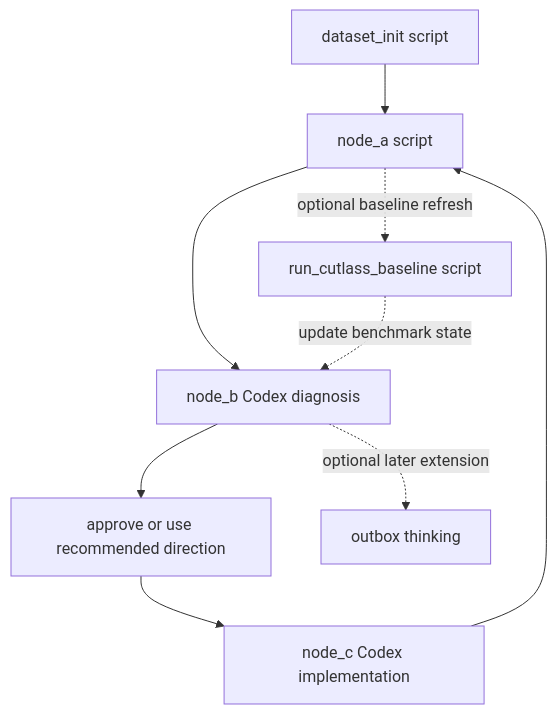
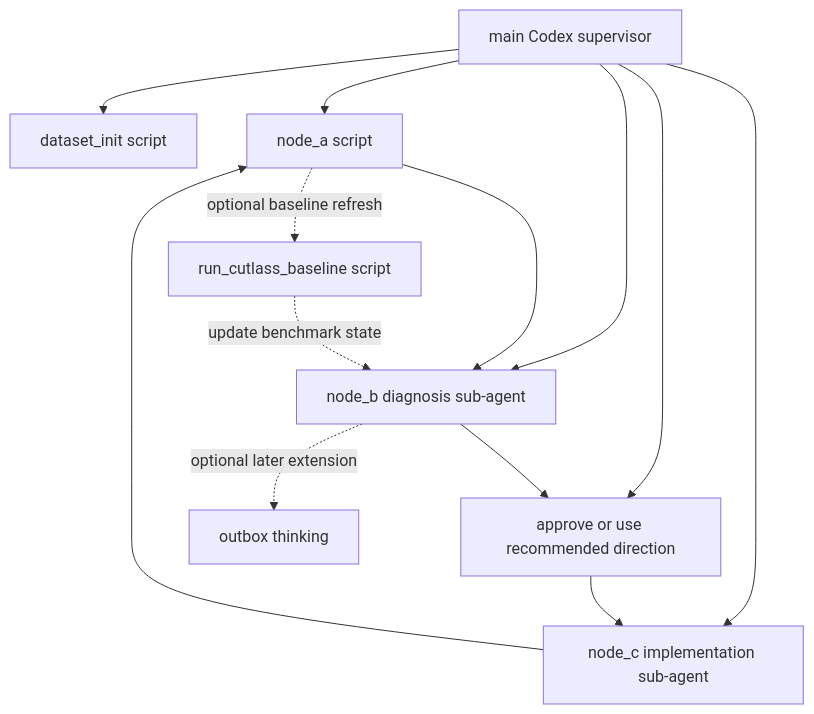
One commit to YupengHan/matmul_optimizer changed the diagram in docs/pipeline_graph.md. Above: the diagram before and after it, drawn with Mermaid. The commit also changed other lines of this file and 9 other files, not shown here.

First line of the commit message:
infra: add supervisor sub-agent dispatch layer

````diff
--- a/docs/pipeline_graph.md
+++ b/docs/pipeline_graph.md
@@ -22,13 +30,17 @@
 ```mermaid
 flowchart TD
-    D0[dataset_init script] --> A[node_a script]
-    A --> B[node_b Codex diagnosis]
-    B --> SEL[approve or use recommended direction]
-    SEL --> C[node_c Codex implementation]
+    SUP[main Codex supervisor] --> D0[dataset_init script]
+    SUP --> A[node_a script]
+    SUP --> B[node_b diagnosis sub-agent]
+    SUP --> SEL[approve or use recommended direction]
+    SUP --> C[node_c implementation sub-agent]
+    A --> B
+    B --> SEL
+    SEL --> C
     C --> A
 
     A -. optional baseline refresh .-> CUTLASS[run_cutlass_baseline script]
     CUTLASS -. update benchmark state .-> B
 
     B -. optional later extension .-> OUTBOX[outbox thinking]
 ```
````
